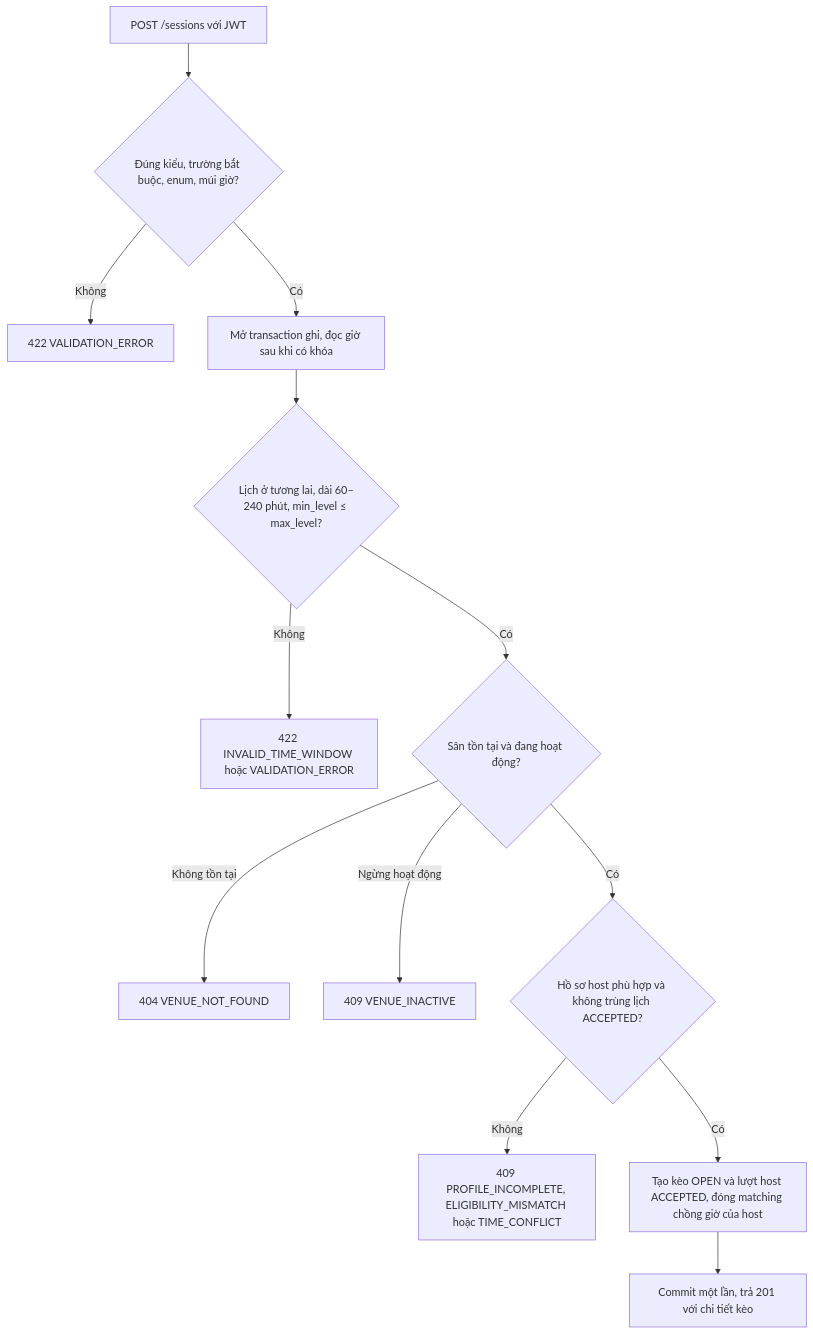
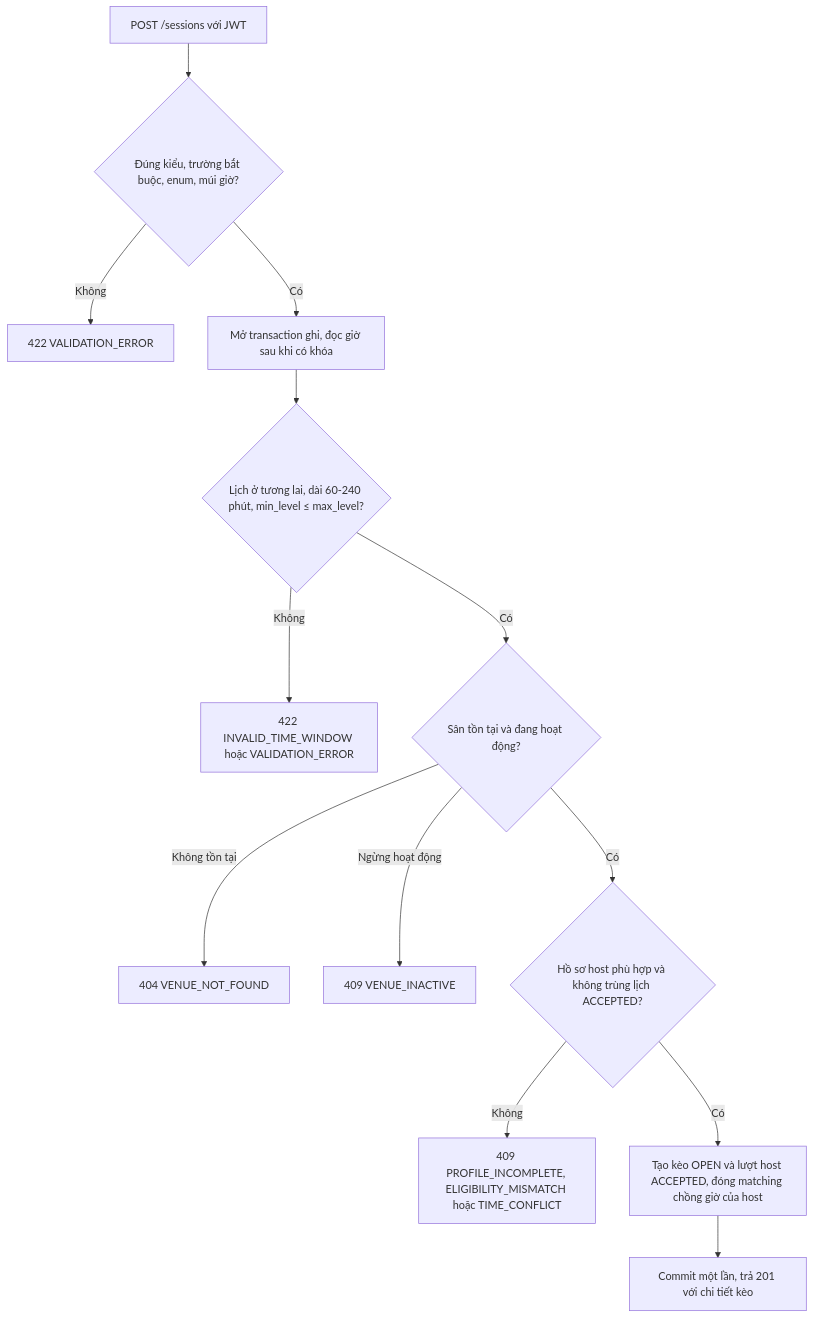
Before and after one commit to datdooo/matchmate-backend: the second of 5 diagrams in docs/tuan-1-nen-tang/luong-nghiep-vu.md, drawn with Mermaid. The commit also changed other lines of this file and 6 other files, not shown here.

````diff
--- a/docs/tuan-1-nen-tang/luong-nghiep-vu.md
+++ b/docs/tuan-1-nen-tang/luong-nghiep-vu.md
@@ -51,15 +51,15 @@
 ```mermaid
 flowchart TD
     A["POST /sessions với JWT"] --> B{"Đúng kiểu, trường bắt buộc, enum, múi giờ?"}
     B -->|Không| C["422 VALIDATION_ERROR"]
     B -->|Có| D["Mở transaction ghi, đọc giờ sau khi có khóa"]
-    D --> E{"Lịch ở tương lai, dài 60–240 phút, min_level ≤ max_level?"}
+    D --> E{"Lịch ở tương lai, dài 60-240 phút, min_level ≤ max_level?"}
     E -->|Không| F["422 INVALID_TIME_WINDOW hoặc VALIDATION_ERROR"]
     E -->|Có| G{"Sân tồn tại và đang hoạt động?"}
     G -->|Không tồn tại| H["404 VENUE_NOT_FOUND"]
     G -->|Ngừng hoạt động| I["409 VENUE_INACTIVE"]
     G -->|Có| J{"Hồ sơ host phù hợp và không trùng lịch ACCEPTED?"}
     J -->|Không| K["409 PROFILE_INCOMPLETE, ELIGIBILITY_MISMATCH hoặc TIME_CONFLICT"]
     J -->|Có| L["Tạo kèo OPEN và lượt host ACCEPTED, đóng matching chồng giờ của host"]
     L --> M["Commit một lần, trả 201 với chi tiết kèo"]
 ```
````
